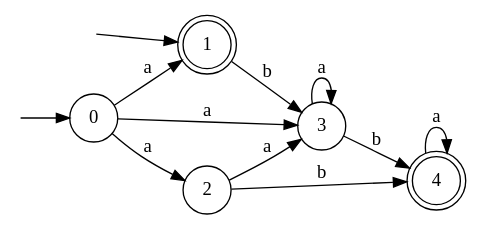
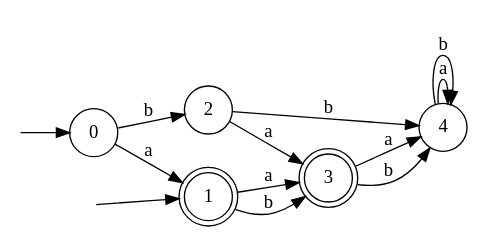
Before and after one commit to Nooosky/TP: the diagram in graph/automate.dot, drawn with Graphviz. The commit also changed 2 other files, not shown here.

```diff
--- a/graph/automate.dot
+++ b/graph/automate.dot
@@ -1,20 +1,21 @@
 digraph finite_state_machine {
 rankdir=LR;
 size="8,5"
 node [shape = doublecircle];
-	1	4;
+	1	3;
 node [shape = circle];
 P0 [shape = point, style=filed,color=white];
 P0 -> 0 [ label = "" ];
 P1 [shape = point, style=filed,color=white];
 P1 -> 1 [ label = "" ];
 0 -> 1 [ label = "a" ];
-0 -> 2 [ label = "a" ];
-0 -> 3 [ label = "a" ];
+0 -> 2 [ label = "b" ];
+1 -> 3 [ label = "a" ];
 1 -> 3 [ label = "b" ];
 2 -> 3 [ label = "a" ];
 2 -> 4 [ label = "b" ];
-3 -> 3 [ label = "a" ];
+3 -> 4 [ label = "a" ];
 3 -> 4 [ label = "b" ];
 4 -> 4 [ label = "a" ];
+4 -> 4 [ label = "b" ];
 }
```
